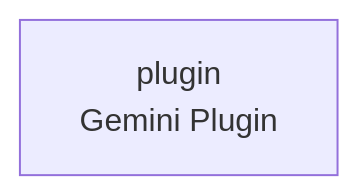
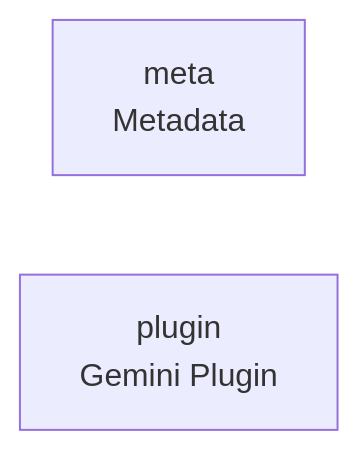
The diagram in README.md (cj-mills/cjm-transcription-plugin-gemini), drawn with Mermaid before and after one commit. The commit also changed other lines of this file and 8 other files, not shown here.

````diff
--- a/README.md
+++ b/README.md
@@ -21,4 +22,5 @@
 ``` mermaid
 graph LR
+    meta[meta<br/>Metadata]
     plugin[plugin<br/>Gemini Plugin]
 ```
````
